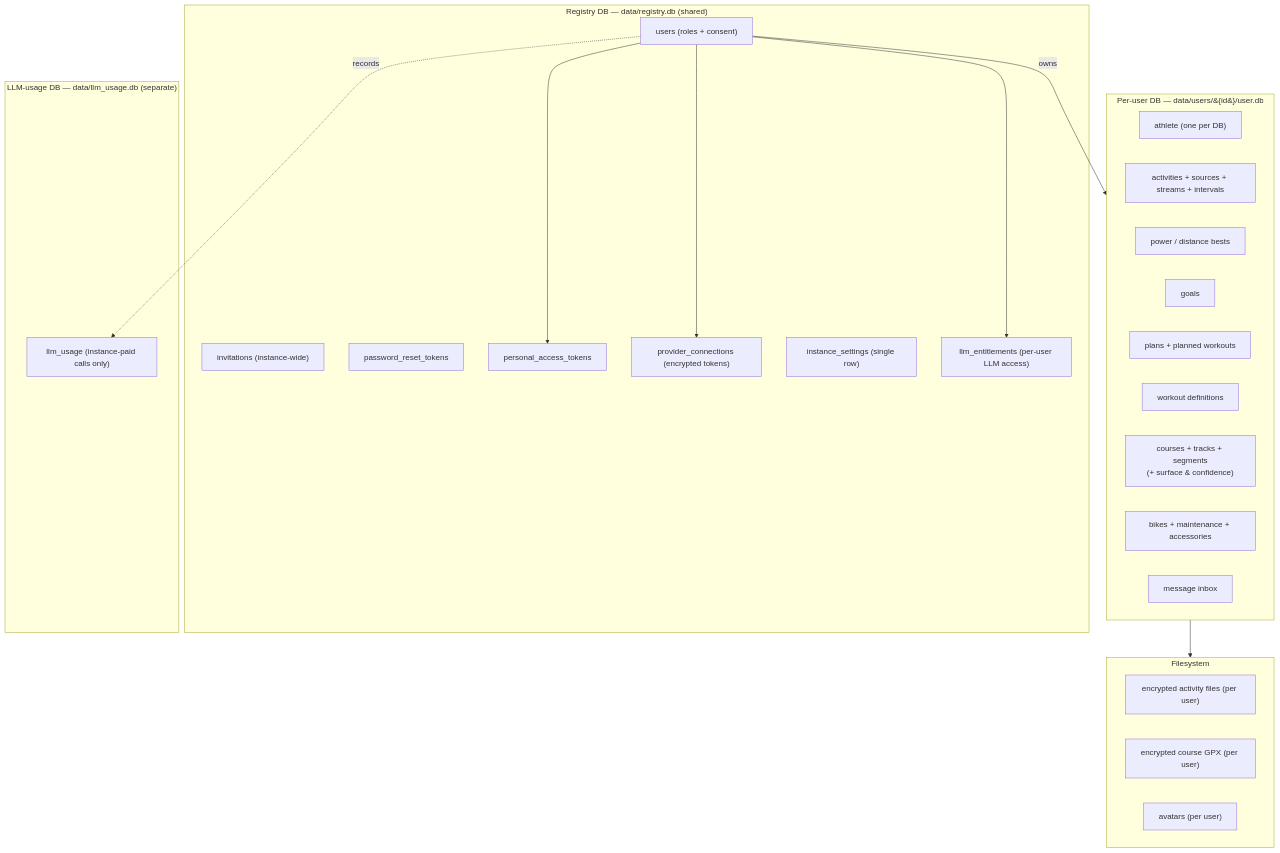
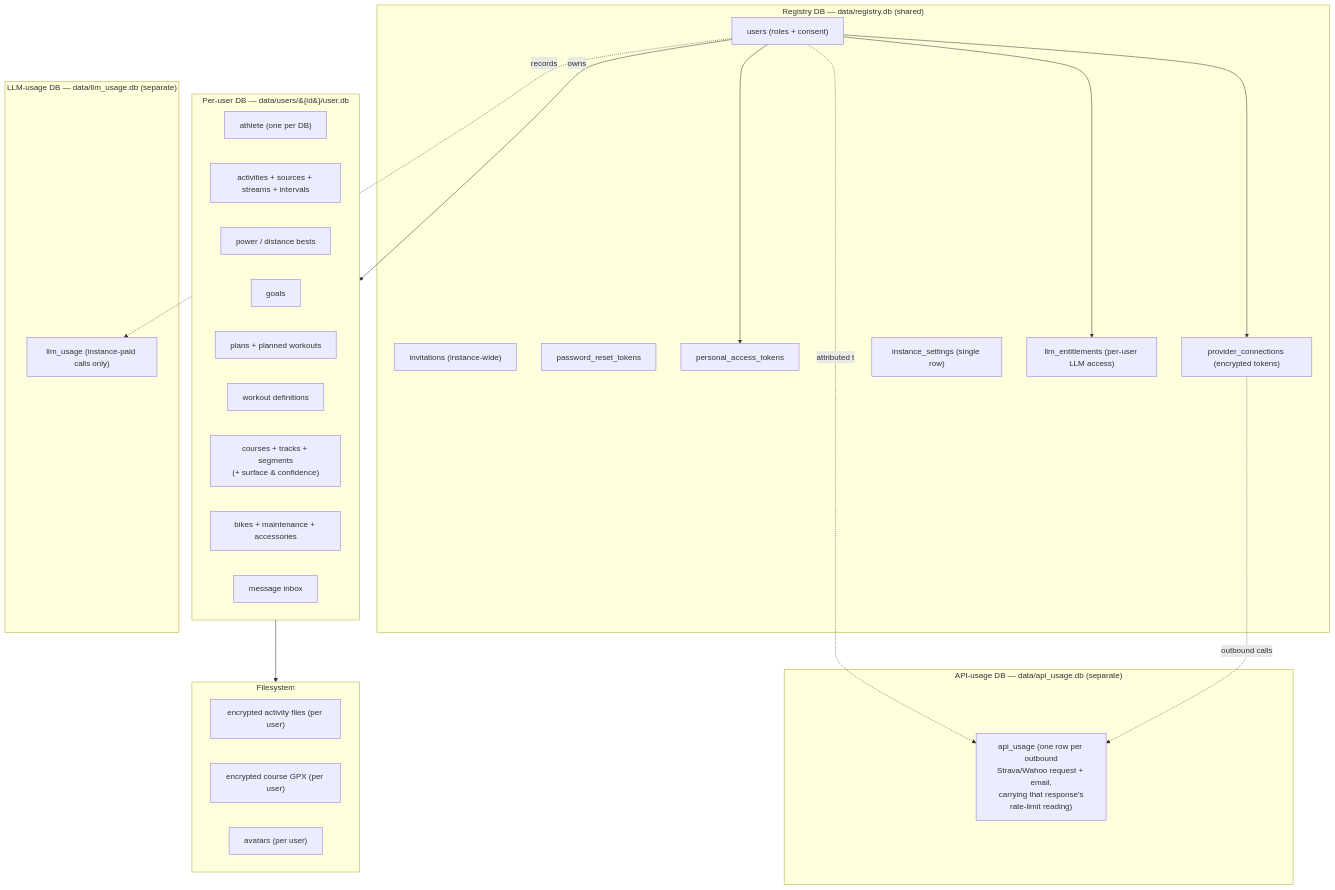
Before and after one commit to openkoutsi/openkoutsi-arch: the diagram in docs/architecture/data-model.md, drawn with Mermaid. The commit also changed other lines of this file, not shown here.

First line of the commit message:
Document the fourth database: third-party API usage (issue #66)

````diff
--- a/docs/architecture/data-model.md
+++ b/docs/architecture/data-model.md
@@ -9,37 +9,42 @@
 ```mermaid
 flowchart TD
     subgraph Registry["Registry DB — data/registry.db (shared)"]
         U["users (roles + consent)"]
         I["invitations (instance-wide)"]
         PR["password_reset_tokens"]
         PAT["personal_access_tokens"]
         PC["provider_connections (encrypted tokens)"]
         IS["instance_settings (single row)"]
         EN["llm_entitlements (per-user LLM access)"]
     end
     subgraph Usage["LLM-usage DB — data/llm_usage.db (separate)"]
         LU["llm_usage (instance-paid calls only)"]
+    end
+    subgraph ApiUsage["API-usage DB — data/api_usage.db (separate)"]
+        AU["api_usage (one row per outbound<br/>Strava/Wahoo request + email,<br/>carrying that response's<br/>rate-limit reading)"]
     end
     subgraph PerUser["Per-user DB — data/users/&#123;id&#125;/user.db"]
         Ath["athlete (one per DB)"]
         Act["activities + sources + streams + intervals"]
         Best["power / distance bests"]
         Goals["goals"]
         Plans["plans + planned workouts"]
         Work["workout definitions"]
         Crs["courses + tracks + segments<br/>(+ surface & confidence)"]
         Grg["bikes + maintenance + accessories"]
         Msg["message inbox"]
     end
     subgraph Files["Filesystem"]
         Fit["encrypted activity files (per user)"]
         Crsf["encrypted course GPX (per user)"]
         Av["avatars (per user)"]
     end
     U -->|owns| PerUser
     U --> PC
     U --> EN
     U --> PAT
     U -.records.-> LU
+    U -.attributed to.-> AU
+    PC -.outbound calls.-> AU
     PerUser --> Files
 ```
````
